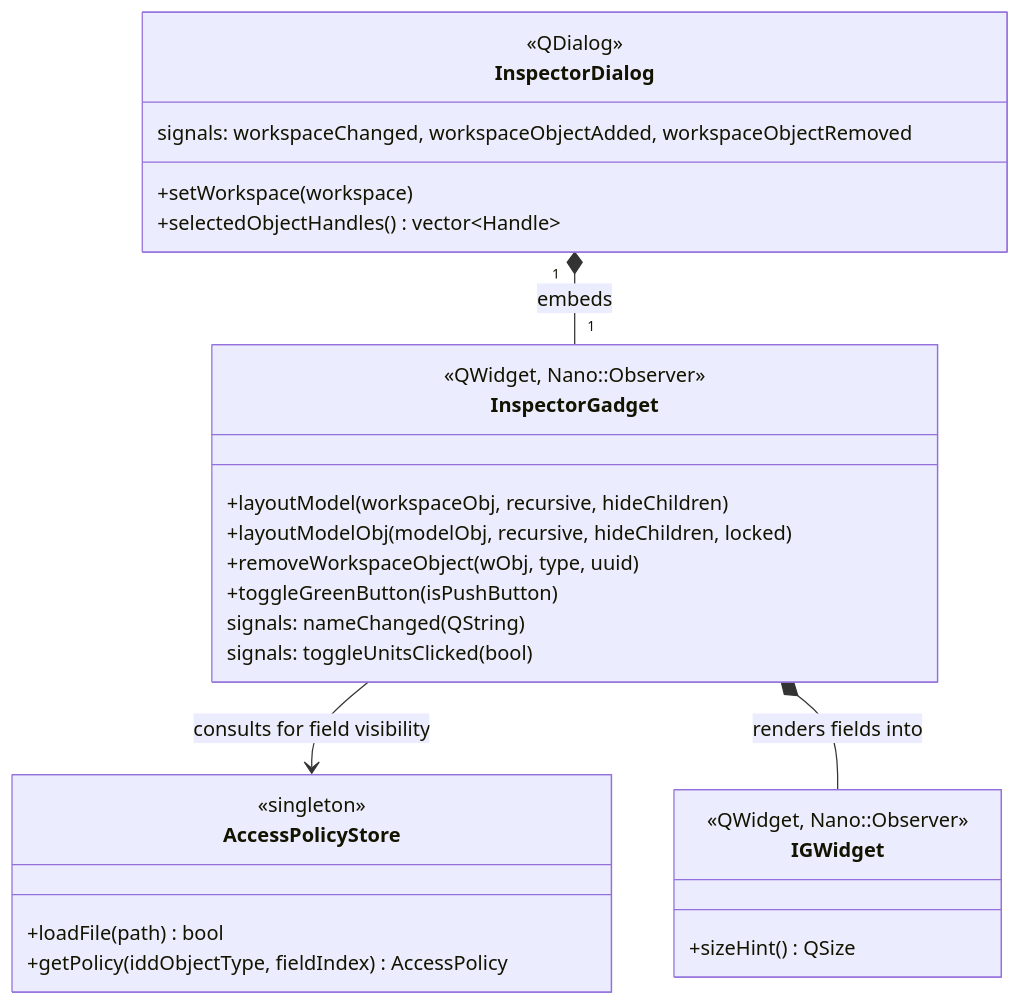
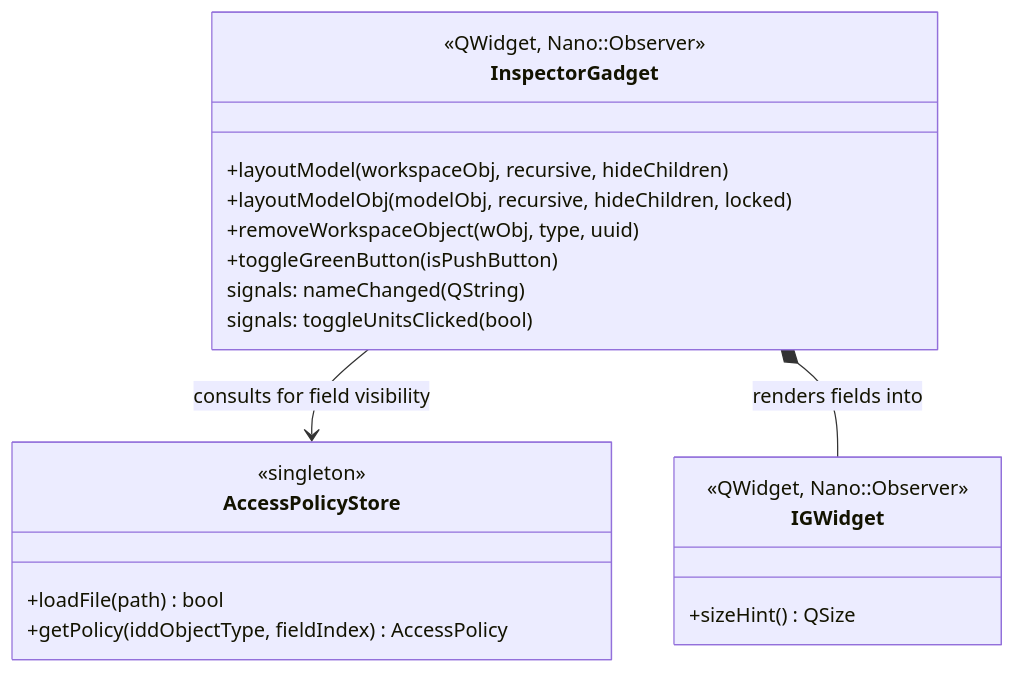
One commit to openstudiocoalition/OpenStudioApplication changed the diagram in developer/doc/libraries/model_editor.md. Above: the diagram before and after it, drawn with Mermaid. The commit also changed other lines of this file and 23 other files, not shown here.

````diff
--- a/developer/doc/libraries/model_editor.md
+++ b/developer/doc/libraries/model_editor.md
@@ -20,31 +18,24 @@
 ```mermaid
 classDiagram
   class InspectorGadget {
     <<QWidget, Nano::Observer>>
     +layoutModel(workspaceObj, recursive, hideChildren)
     +layoutModelObj(modelObj, recursive, hideChildren, locked)
     +removeWorkspaceObject(wObj, type, uuid)
     +toggleGreenButton(isPushButton)
     signals: nameChanged(QString)
     signals: toggleUnitsClicked(bool)
   }
   class IGWidget {
     <<QWidget, Nano::Observer>>
     +sizeHint() QSize
   }
-  class InspectorDialog {
-    <<QDialog>>
-    +setWorkspace(workspace)
-    +selectedObjectHandles() vector~Handle~
-    signals: workspaceChanged, workspaceObjectAdded, workspaceObjectRemoved
-  }
   class AccessPolicyStore {
     <<singleton>>
     +loadFile(path) bool
     +getPolicy(iddObjectType, fieldIndex) AccessPolicy
   }
 
-  InspectorDialog "1" *-- "1" InspectorGadget : embeds
   InspectorGadget --> AccessPolicyStore : consults for field visibility
   InspectorGadget *-- IGWidget : renders fields into
 ```
````
